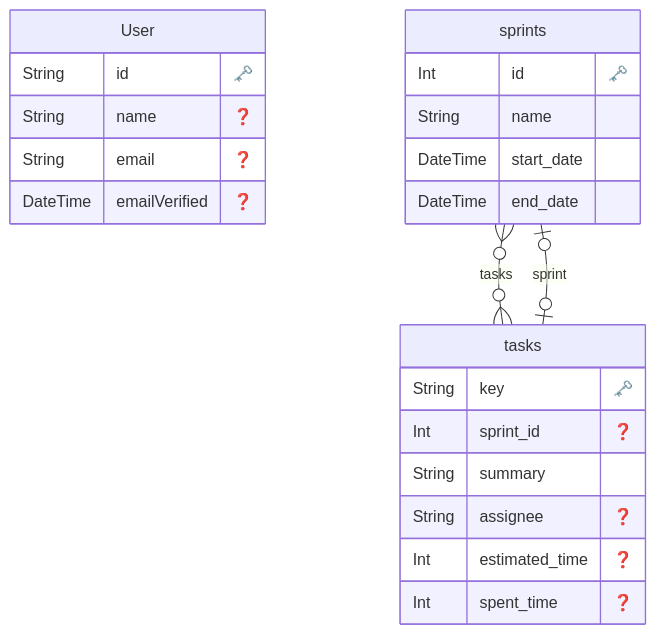
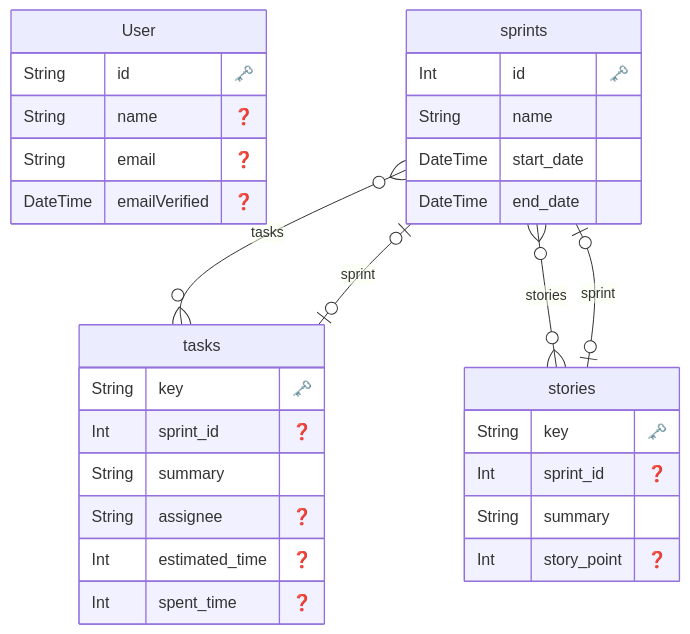
One commit to 0610st/my-jira-management changed the diagram in docs/erd.md. Above: the diagram before and after it, drawn with Mermaid. The commit also changed 38 other files, not shown here.

````diff
--- a/docs/erd.md
+++ b/docs/erd.md
@@ -1,31 +1,41 @@
 ```mermaid
 erDiagram
 
   "User" {
     String id "🗝️"
     String name "❓"
     String email "❓"
     DateTime emailVerified "❓"
     }
   
 
   "sprints" {
     Int id "🗝️"
     String name 
     DateTime start_date 
     DateTime end_date 
     }
   
 
+  "stories" {
+    String key "🗝️"
+    Int sprint_id "❓"
+    String summary 
+    Int story_point "❓"
+    }
+  
+
   "tasks" {
     String key "🗝️"
     Int sprint_id "❓"
     String summary 
     String assignee "❓"
     Int estimated_time "❓"
     Int spent_time "❓"
     }
   
     "sprints" o{--}o "tasks" : "tasks"
+    "sprints" o{--}o "stories" : "stories"
+    "stories" o|--|o "sprints" : "sprint"
     "tasks" o|--|o "sprints" : "sprint"
 ```
````
